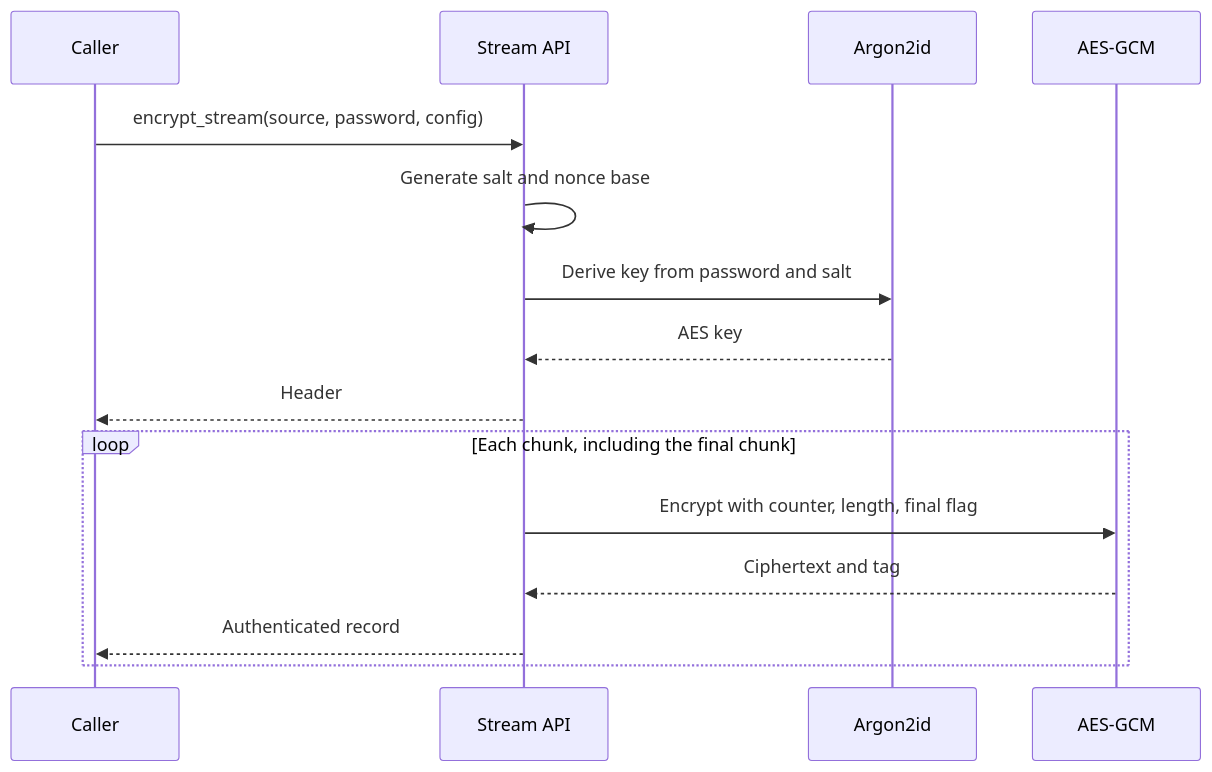
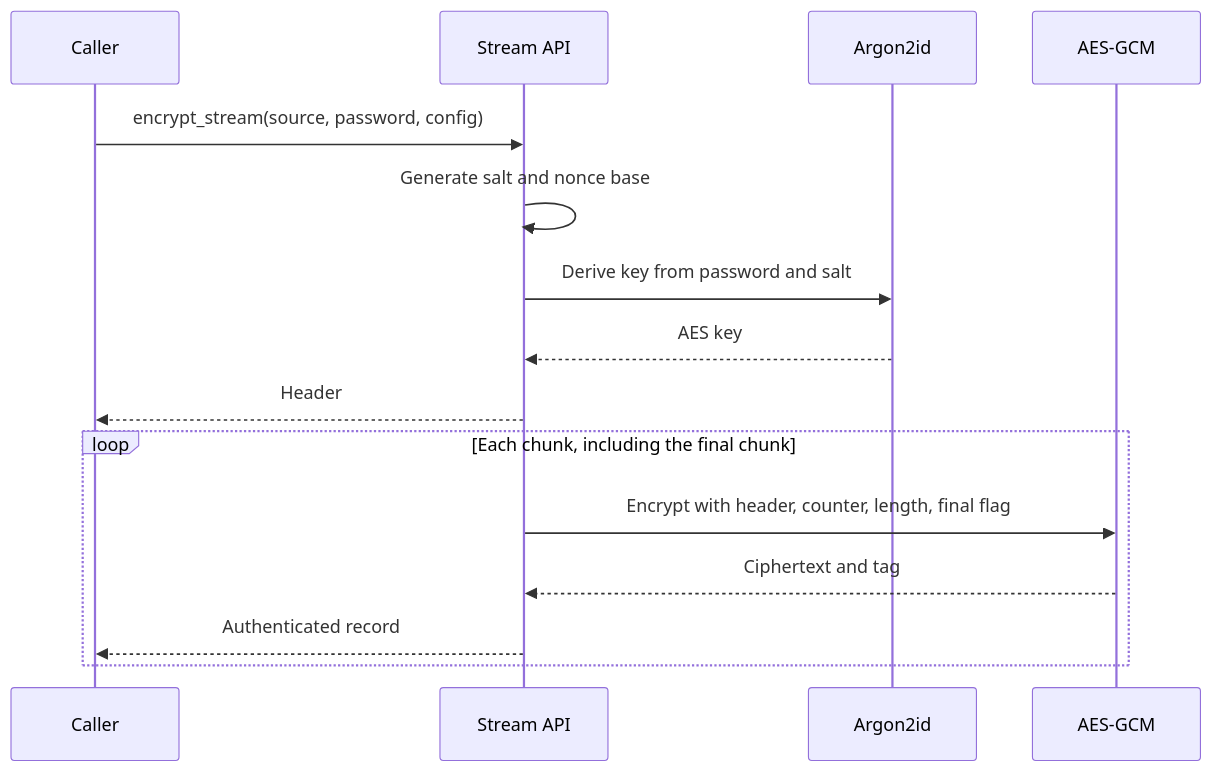
The diagram in docs/format.md (Caliso28/AES_Encryption_and_Steganography), drawn with Mermaid before and after one commit. The commit also changed other lines of this file and 31 other files, not shown here.

````diff
--- a/docs/format.md
+++ b/docs/format.md
@@ -37,17 +95,17 @@
 ```mermaid
 sequenceDiagram
     participant Caller
     participant Stream as Stream API
     participant KDF as Argon2id
     participant AEAD as AES-GCM
     Caller->>Stream: encrypt_stream(source, password, config)
     Stream->>Stream: Generate salt and nonce base
     Stream->>KDF: Derive key from password and salt
     KDF-->>Stream: AES key
     Stream-->>Caller: Header
     loop Each chunk, including the final chunk
-        Stream->>AEAD: Encrypt with counter, length, final flag
+        Stream->>AEAD: Encrypt with header, counter, length, final flag
         AEAD-->>Stream: Ciphertext and tag
         Stream-->>Caller: Authenticated record
     end
 ```
````
